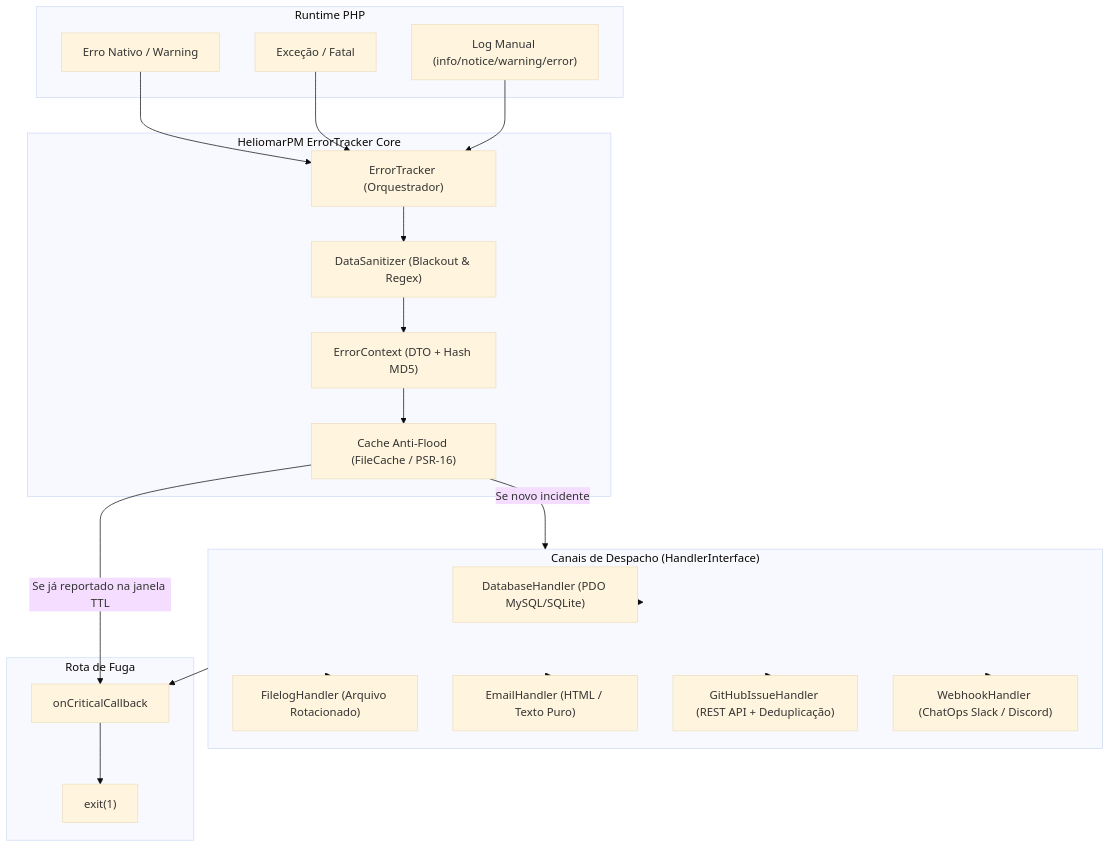
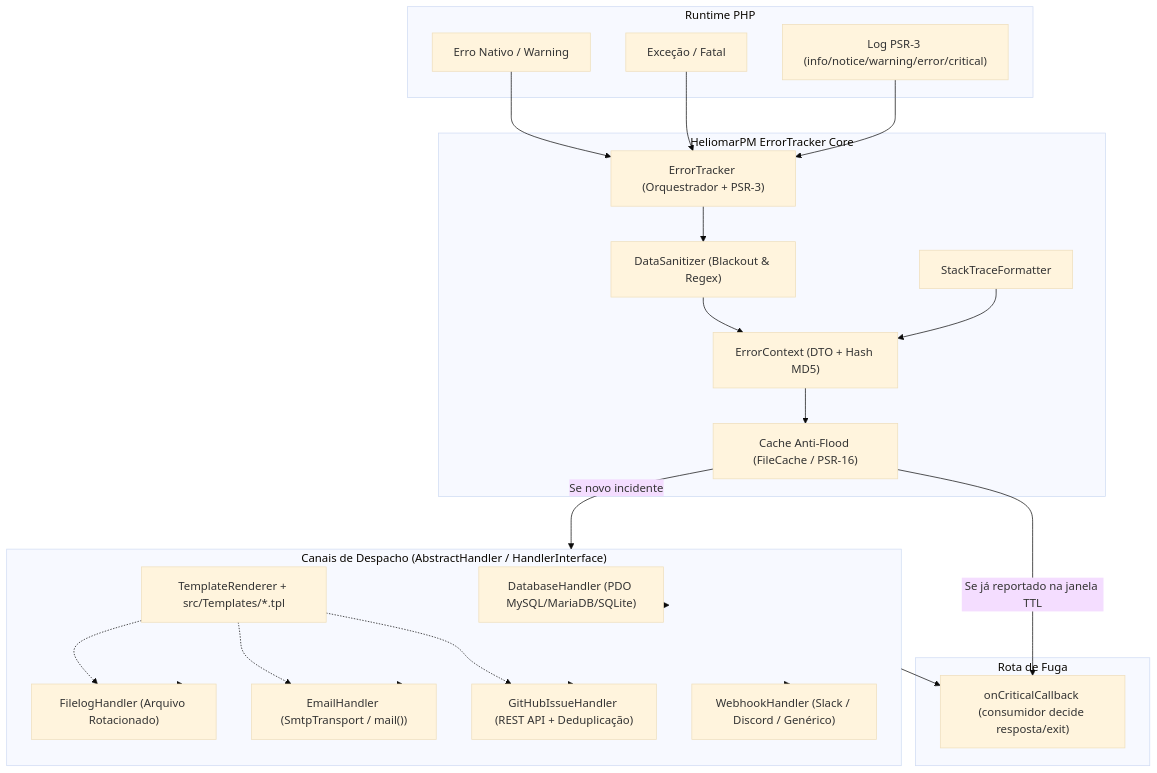
Before and after one commit to heliomarpm/error-tracker-php: the diagram in .agents/ARCHITECTURE.md, drawn with Mermaid (base theme). The commit also changed other lines of this file and 4 other files, not shown here.

````diff
--- a/.agents/ARCHITECTURE.md
+++ b/.agents/ARCHITECTURE.md
@@ -13,47 +13,51 @@
 ```mermaid
 flowchart TD
     subgraph PHP_Runtime["Runtime PHP"]
         PHP_Error["Erro Nativo / Warning"]
         PHP_Exception["Exceção / Fatal"]
-        Manual_Log["Log Manual (info/notice/warning/error)"]
+        Manual_Log["Log PSR-3 (info/notice/warning/error/critical)"]
     end
 
     subgraph Core["HeliomarPM ErrorTracker Core"]
-        ET["ErrorTracker (Orquestrador)"]
+        ET["ErrorTracker (Orquestrador + PSR-3)"]
         DS["DataSanitizer (Blackout & Regex)"]
+        STF["StackTraceFormatter"]
         EC["ErrorContext (DTO + Hash MD5)"]
         TG["Cache Anti-Flood (FileCache / PSR-16)"]
     end
 
-    subgraph Handlers["Canais de Despacho (HandlerInterface)"]
-        DBH["DatabaseHandler (PDO MySQL/SQLite)"]
+    subgraph Handlers["Canais de Despacho (AbstractHandler / HandlerInterface)"]
+        TR["TemplateRenderer + src/Templates/*.tpl"]
+        DBH["DatabaseHandler (PDO MySQL/MariaDB/SQLite)"]
         FLH["FilelogHandler (Arquivo Rotacionado)"]
-        EMH["EmailHandler (HTML / Texto Puro)"]
+        EMH["EmailHandler (SmtpTransport / mail())"]
         GHH["GitHubIssueHandler (REST API + Deduplicação)"]
-        WHH["WebhookHandler (ChatOps Slack / Discord)"]
+        WHH["WebhookHandler (Slack / Discord / Genérico)"]
     end
 
     subgraph Failsafe["Rota de Fuga"]
-        CB["onCriticalCallback"]
-        HALT["exit(1)"]
+        CB["onCriticalCallback (consumidor decide resposta/exit)"]
     end
 
     PHP_Error --> ET
     PHP_Exception --> ET
     Manual_Log --> ET
 
     ET --> DS
     DS --> EC
+    STF --> EC
     EC --> TG
 
     TG -- "Se já reportado na janela TTL" --> CB
     TG -- "Se novo incidente" --> Handlers
     Handlers --> DBH
     Handlers --> FLH
     Handlers --> EMH
     Handlers --> GHH
     Handlers --> WHH
+    TR -.-> FLH
+    TR -.-> EMH
+    TR -.-> GHH
 
     Handlers --> CB
-    CB --> HALT
 ```
````
